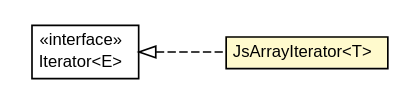
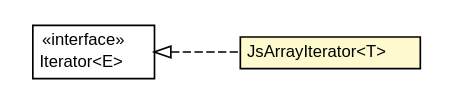
The diagram in javadoc/apidocs/org/turbogwt/core/collections/client/JsArrayIterator.dot (growbit/turbogwt-core), drawn with Graphviz before and after one commit. The commit also changed 235 other files, not shown here.

```diff
--- a/javadoc/apidocs/org/turbogwt/core/collections/client/JsArrayIterator.dot
+++ b/javadoc/apidocs/org/turbogwt/core/collections/client/JsArrayIterator.dot
@@ -1,28 +1,28 @@
 #!/usr/local/bin/dot
 #
 # Class diagram 
 # Generated by UMLGraph version R5_6-24-gf6e263 (http://www.umlgraph.org/)
 #
 
 digraph G {
-	edge [fontname="arial",fontsize=10,labelfontname="arial",labelfontsize=10];
-	node [fontname="arial",fontsize=10,shape=plaintext];
+	edge [fontname="Helvetica",fontsize=10,labelfontname="Helvetica",labelfontsize=10];
+	node [fontname="Helvetica",fontsize=10,shape=plaintext];
 	nodesep=0.25;
 	ranksep=0.5;
 	rankdir=LR;
 	// org.turbogwt.core.collections.client.JsArrayIterator<T>
-	c514 [label=<<table title="org.turbogwt.core.collections.client.JsArrayIterator" border="0" cellborder="1" cellspacing="0" cellpadding="2" port="p" bgcolor="lemonChiffon" href="./JsArrayIterator.html">
+	c521 [label=<<table title="org.turbogwt.core.collections.client.JsArrayIterator" border="0" cellborder="1" cellspacing="0" cellpadding="2" port="p" bgcolor="lemonChiffon" href="./JsArrayIterator.html">
 		<tr><td><table border="0" cellspacing="0" cellpadding="1">
 <tr><td align="center" balign="center"> JsArrayIterator&lt;T&gt; </td></tr>
 		</table></td></tr>
-		</table>>, URL="./JsArrayIterator.html", fontname="arial", fontcolor="black", fontsize=10.0];
+		</table>>, URL="./JsArrayIterator.html", fontname="Helvetica", fontcolor="black", fontsize=10.0];
 	//org.turbogwt.core.collections.client.JsArrayIterator<T> implements java.util.Iterator<E>
-	c535:p -> c514:p [dir=back,arrowtail=empty,style=dashed];
+	c551:p -> c521:p [dir=back,arrowtail=empty,style=dashed];
 	// java.util.Iterator<E>
-	c535 [label=<<table title="java.util.Iterator" border="0" cellborder="1" cellspacing="0" cellpadding="2" port="p" href="http://download.oracle.com/javase/7/docs/api/java/util/Iterator.html">
+	c551 [label=<<table title="java.util.Iterator" border="0" cellborder="1" cellspacing="0" cellpadding="2" port="p" href="http://download.oracle.com/javase/7/docs/api/java/util/Iterator.html">
 		<tr><td><table border="0" cellspacing="0" cellpadding="1">
 <tr><td align="center" balign="center"> &#171;interface&#187; </td></tr>
 <tr><td align="center" balign="center"> Iterator&lt;E&gt; </td></tr>
 		</table></td></tr>
-		</table>>, URL="http://download.oracle.com/javase/7/docs/api/java/util/Iterator.html", fontname="arial", fontcolor="black", fontsize=10.0];
+		</table>>, URL="http://download.oracle.com/javase/7/docs/api/java/util/Iterator.html", fontname="Helvetica", fontcolor="black", fontsize=10.0];
 }
```
